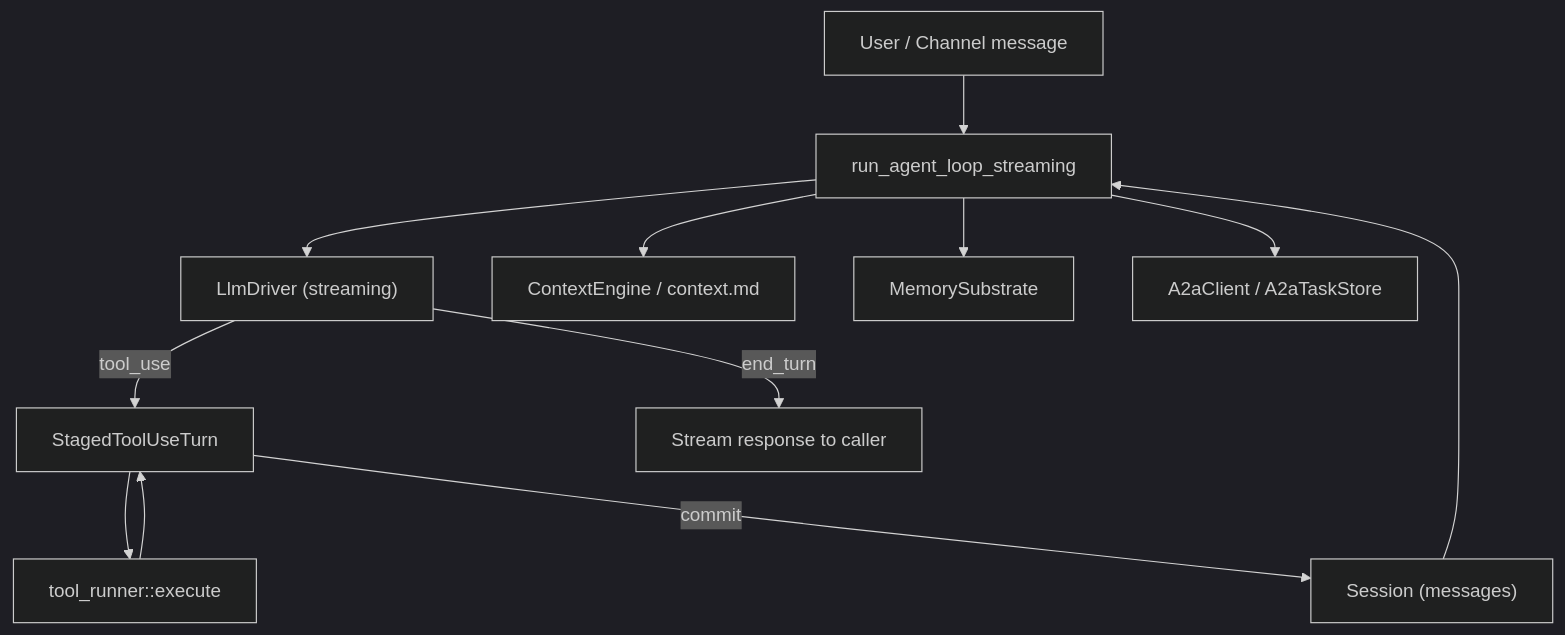
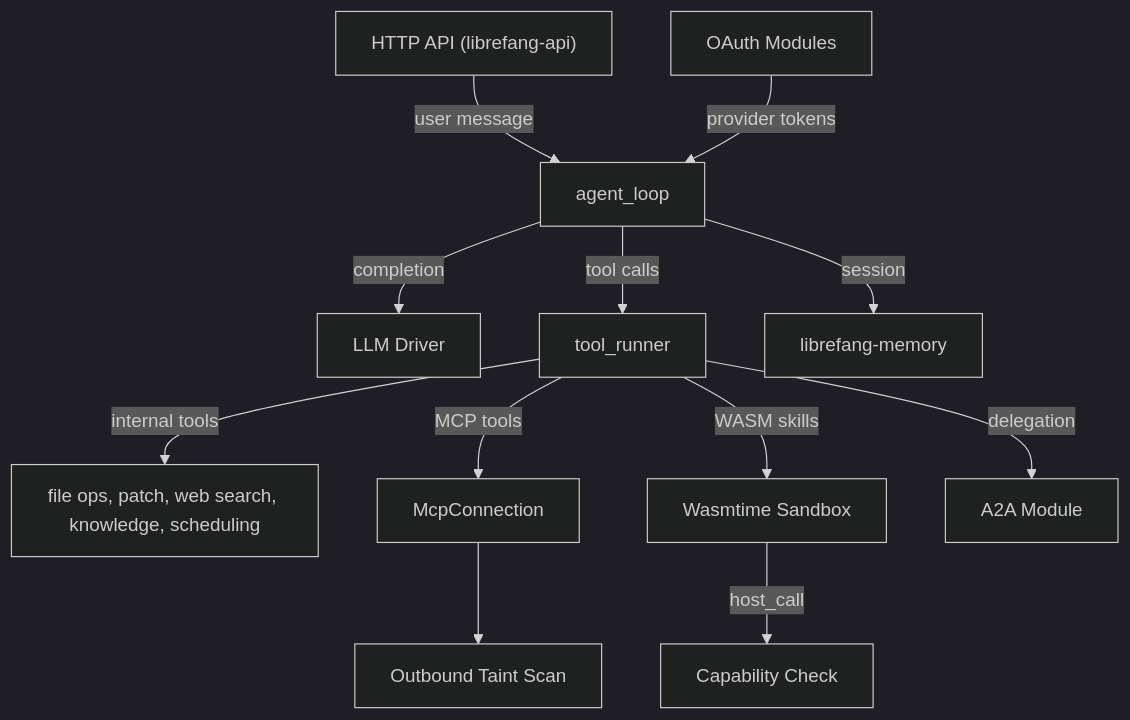
One commit to leszek3737/librefang-WIki changed the diagram in agent-runtime.md. Above: the diagram before and after it, drawn with Mermaid (dark theme). The commit also changed other lines of this file and 110 other files, not shown here.

````diff
--- a/agent-runtime.md
+++ b/agent-runtime.md
@@ -9,14 +18,17 @@
 ```mermaid
 graph TD
-    User["User / Channel message"] --> Loop["run_agent_loop_streaming"]
-    Loop --> LLM["LlmDriver (streaming)"]
-    LLM -->|tool_use| Staged["StagedToolUseTurn"]
-    LLM -->|end_turn| Response["Stream response to caller"]
-    Staged --> Execute["tool_runner::execute"]
-    Execute --> Staged
-    Staged -->|commit| Session["Session (messages)"]
-    Session --> Loop
-    Loop --> Context["ContextEngine / context.md"]
-    Loop --> Memory["MemorySubstrate"]
-    Loop --> A2A["A2aClient / A2aTaskStore"]
+    API["HTTP API (librefang-api)"] -->|user message| AL["agent_loop"]
+    AL -->|completion| LLM["LLM Driver"]
+    AL -->|tool calls| TR["tool_runner"]
+    AL -->|session| MEM["librefang-memory"]
+
+    TR -->|internal tools| Internal["file ops, patch, web search, knowledge, scheduling"]
+    TR -->|MCP tools| MCP["McpConnection"]
+    TR -->|WASM skills| WASM["Wasmtime Sandbox"]
+    TR -->|delegation| A2A["A2A Module"]
+
+    MCP --> Taint["Outbound Taint Scan"]
+    WASM -->|host_call| CapCheck["Capability Check"]
+
+    OAuth["OAuth Modules"] -->|provider tokens| AL
 ```
````
